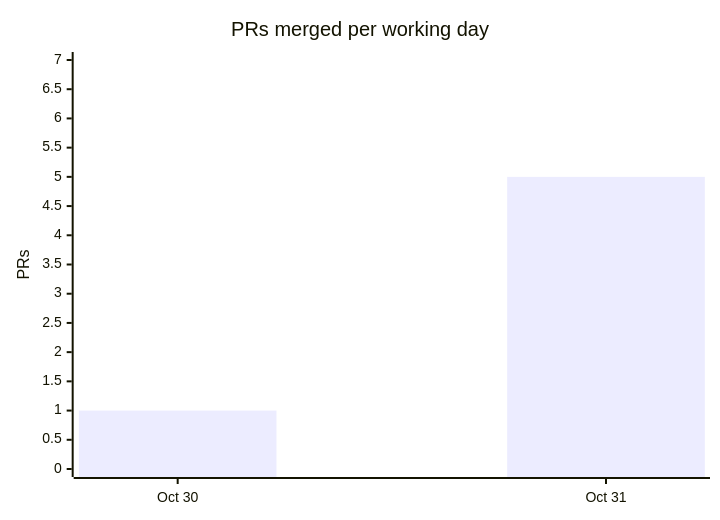
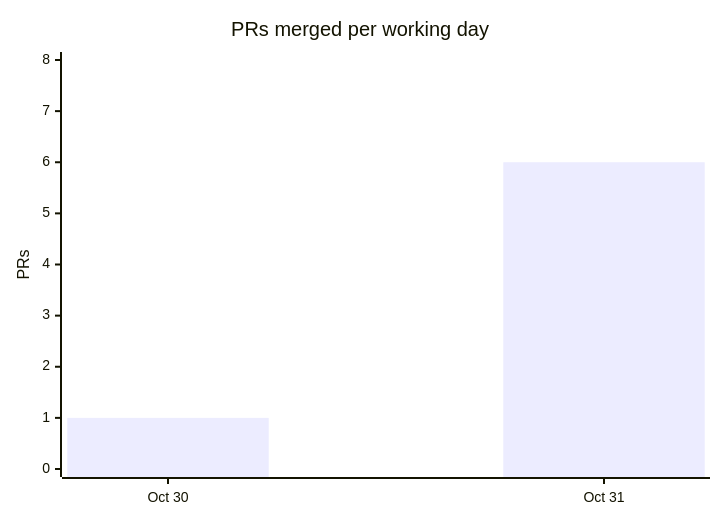
One commit to cmprssd/nfsh changed the fourth of 4 diagrams in docs/OVERVIEW.md. Above: the diagram before and after it, drawn with Mermaid. The commit also changed other lines of this file and 13 other files, not shown here.

````diff
--- a/docs/OVERVIEW.md
+++ b/docs/OVERVIEW.md
@@ -128,7 +128,7 @@
 ```mermaid
 xychart-beta
     title "PRs merged per working day"
     x-axis ["Oct 30", "Oct 31"]
-    y-axis "PRs" 0 --> 7
-    bar [1, 5]
+    y-axis "PRs" 0 --> 8
+    bar [1, 6]
 ```
````
